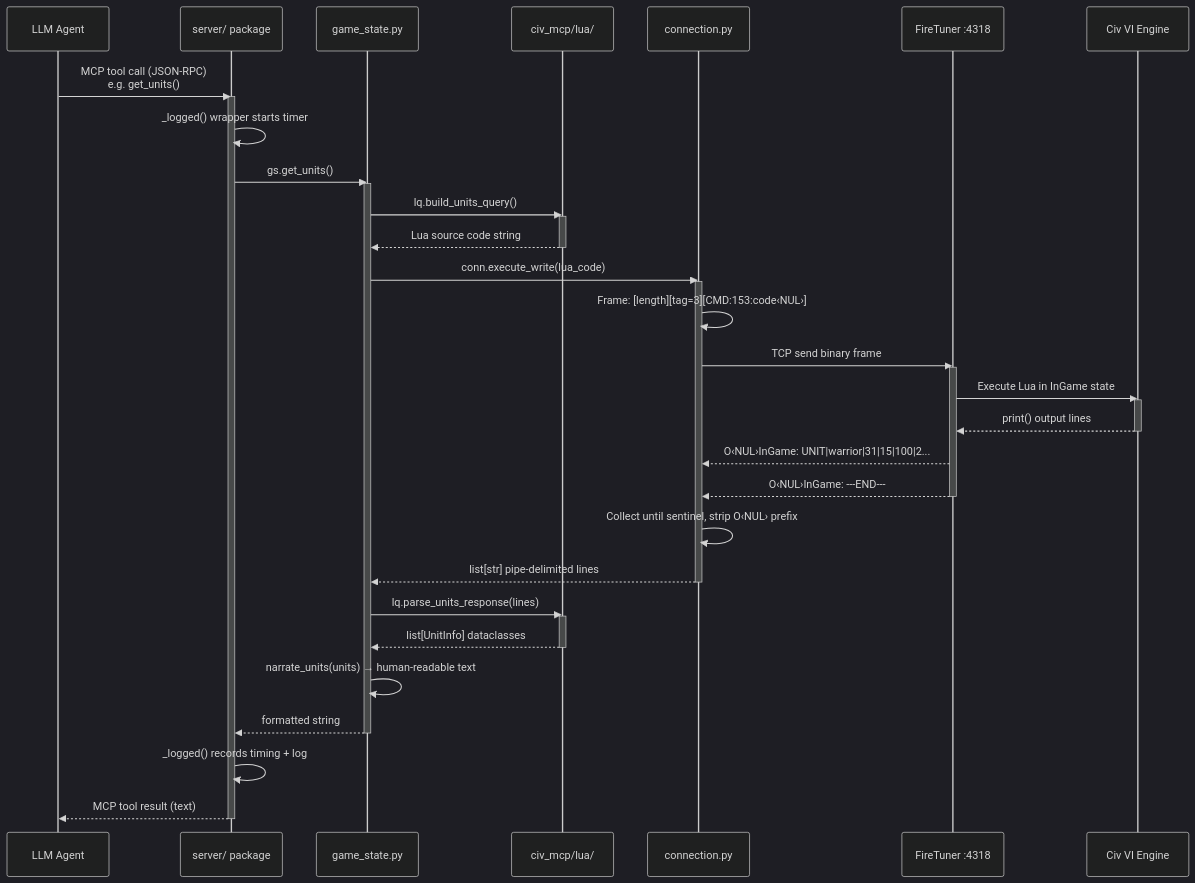
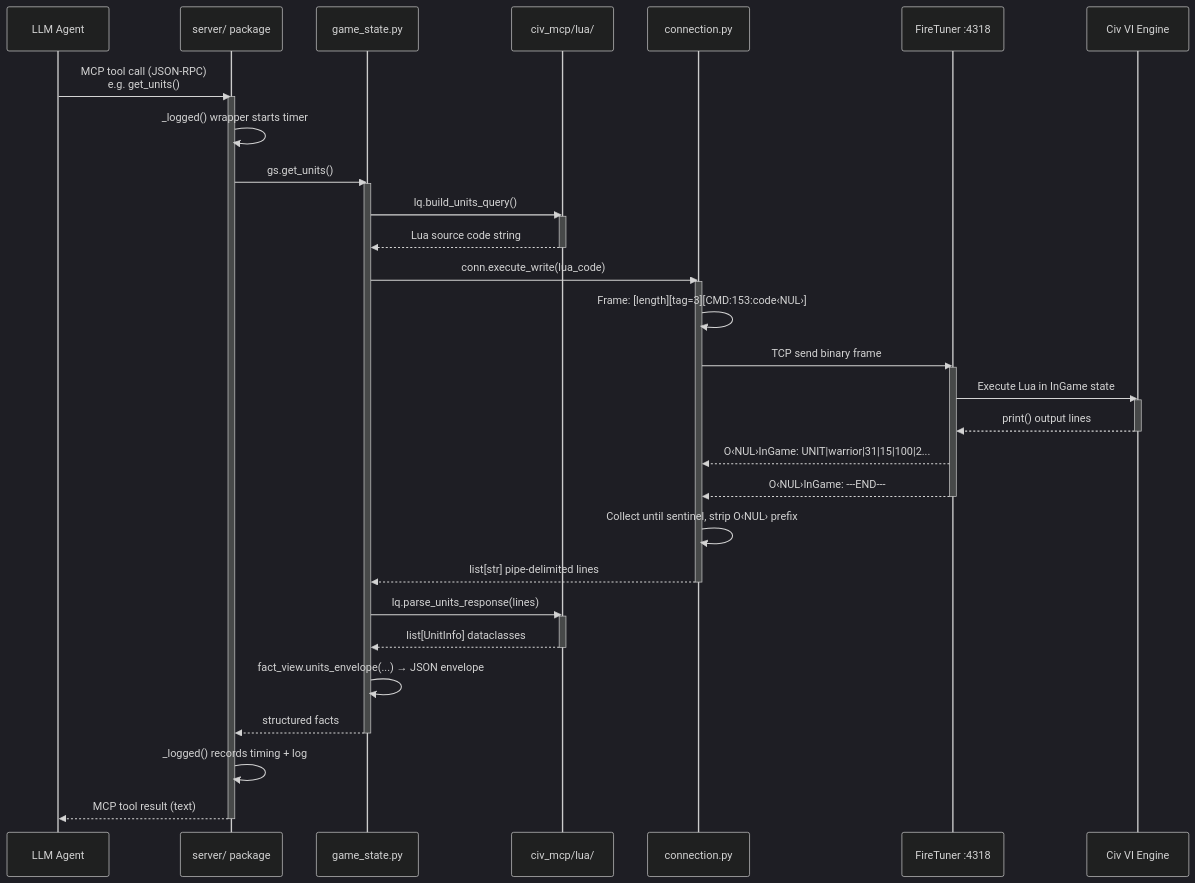
The second of 5 diagrams in docs/architecture-diagrams.md (Harryleft/auto-civ6), drawn with Mermaid (dark theme) before and after one commit. The commit also changed other lines of this file and 8 other files, not shown here.

````diff
--- a/docs/architecture-diagrams.md
+++ b/docs/architecture-diagrams.md
@@ -131,51 +131,51 @@
 ```mermaid
 sequenceDiagram
     participant Agent as LLM Agent
     participant MCP as server/ package
     participant GS as game_state.py
     participant LQ as civ_mcp/lua/
     participant Conn as connection.py
     participant FT as FireTuner :4318
     participant Civ as Civ VI Engine
 
     Agent->>MCP: MCP tool call (JSON-RPC)<br/>e.g. get_units()
     activate MCP
     MCP->>MCP: _logged() wrapper starts timer
 
     MCP->>GS: gs.get_units()
     activate GS
 
     GS->>LQ: lq.build_units_query()
     activate LQ
     LQ-->>GS: Lua source code string
     deactivate LQ
 
     GS->>Conn: conn.execute_write(lua_code)
     activate Conn
     Conn->>Conn: Frame: [length][tag=3][CMD:153:code‹NUL›]
     Conn->>FT: TCP send binary frame
     activate FT
     FT->>Civ: Execute Lua in InGame state
     activate Civ
     Civ-->>FT: print() output lines
     deactivate Civ
     FT-->>Conn: O‹NUL›InGame: UNIT|warrior|31|15|100|2...
     FT-->>Conn: O‹NUL›InGame: ---END---
     deactivate FT
     Conn->>Conn: Collect until sentinel, strip O‹NUL› prefix
     Conn-->>GS: list[str] pipe-delimited lines
     deactivate Conn
 
     GS->>LQ: lq.parse_units_response(lines)
     activate LQ
     LQ-->>GS: list[UnitInfo] dataclasses
     deactivate LQ
 
-    GS->>GS: narrate_units(units) → human-readable text
-    GS-->>MCP: formatted string
+    GS->>GS: fact_view.units_envelope(...) → JSON envelope
+    GS-->>MCP: structured facts
     deactivate GS
 
     MCP->>MCP: _logged() records timing + log
     MCP-->>Agent: MCP tool result (text)
     deactivate MCP
 ```
````
